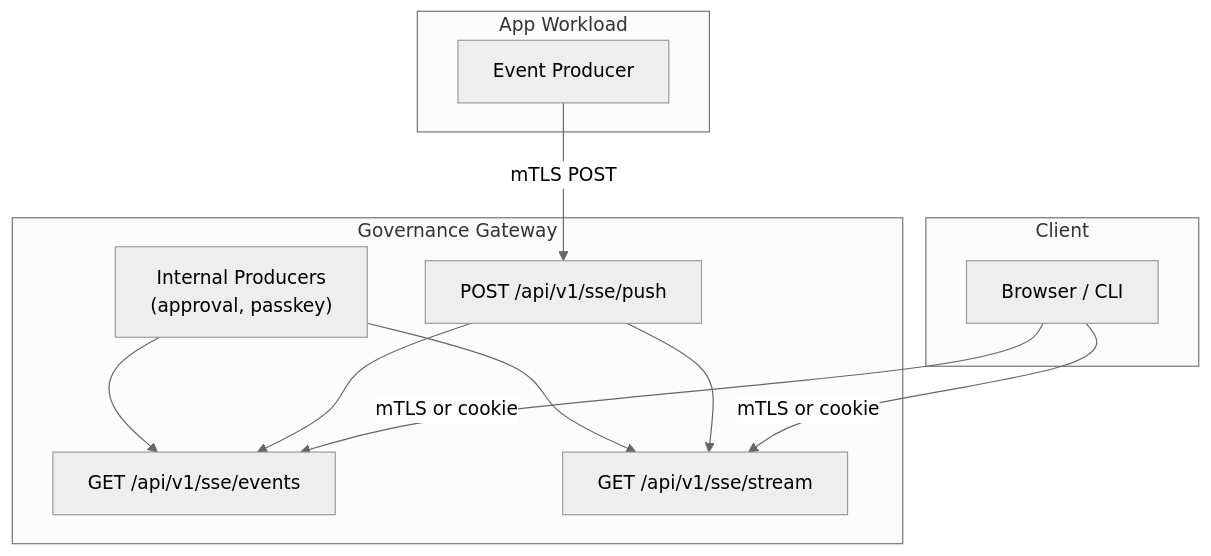
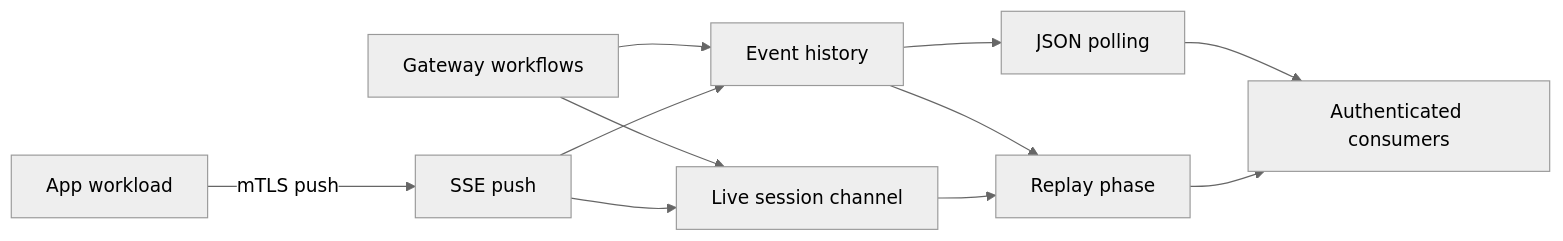
One commit to g8e-ai/g8e changed the diagram in docs/architecture/sse.md. Above: the diagram before and after it, drawn with Mermaid (neutral theme). The commit also changed other lines of this file and 190 other files, not shown here.

````diff
--- a/docs/architecture/sse.md
+++ b/docs/architecture/sse.md
@@ -28,25 +26,13 @@
 ```mermaid
-flowchart TD
-    subgraph App ["App Workload"]
-        producer["Event Producer"]
-    end
-
-    subgraph Gateway ["Governance Gateway"]
-        push["POST /api/v1/sse/push"]
-        internal["Internal Producers\n(approval, passkey)"]
-        events["GET /api/v1/sse/events"]
-        stream["GET /api/v1/sse/stream"]
-    end
-
-    subgraph Client ["Client"]
-        browser["Browser / CLI"]
-    end
-
-    producer -- "mTLS POST" --> push
-    internal --> stream
-    internal --> events
-    push --> stream
-    push --> events
-    browser -- "mTLS or cookie" --> stream
-    browser -- "mTLS or cookie" --> events
+flowchart LR
+    producer["App workload"] -- "mTLS push" --> ingress["SSE push"]
+    internal["Gateway workflows"] --> store["Event history"]
+    internal --> broker["Live session channel"]
+    ingress --> store
+    ingress --> broker
+    store --> poll["JSON polling"]
+    store --> stream["Replay phase"]
+    broker --> stream
+    poll --> consumers["Authenticated consumers"]
+    stream --> consumers
 ```
````
